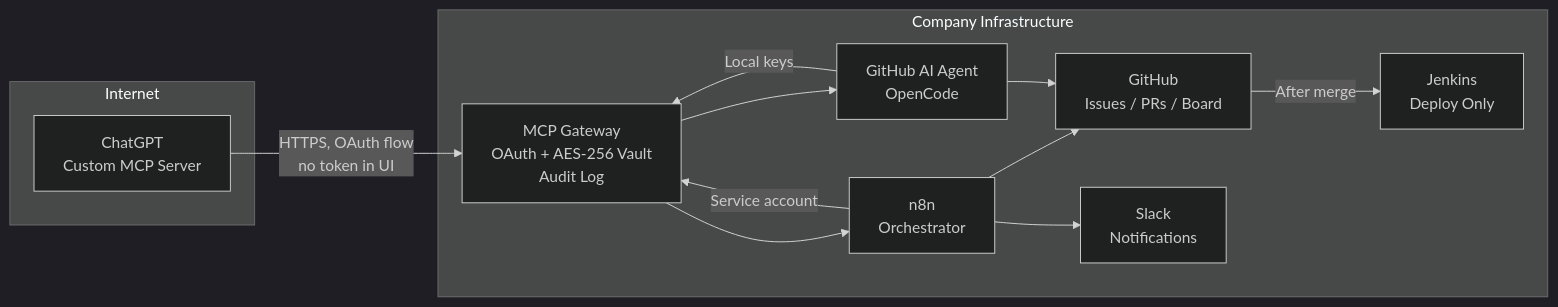
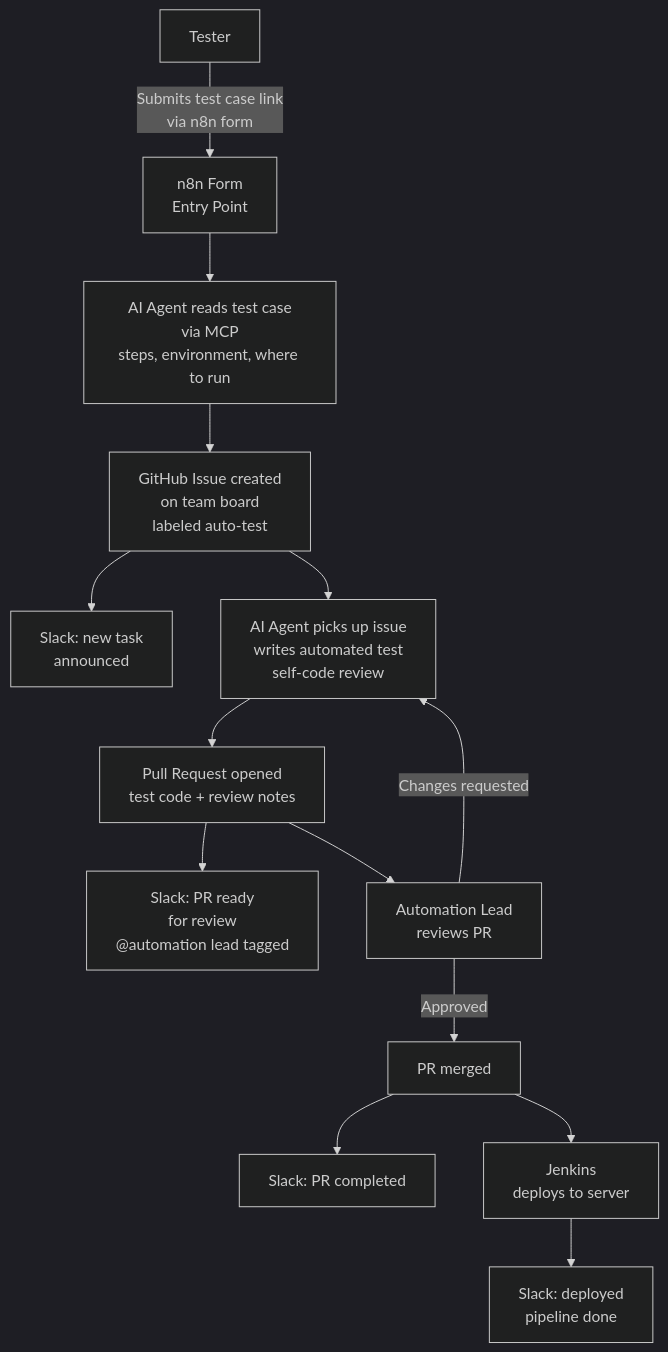
The first of 2 diagrams in docs/architecture.md (mr-anton-t/ai-core), drawn with Mermaid (dark theme) before and after one commit. The commit also changed other lines of this file, not shown here.

Commit message:
Rewrite architecture.md as business-flow Mermaid diagrams: tester form to deploy

````diff
--- a/docs/architecture.md
+++ b/docs/architecture.md
@@ -9,25 +9,27 @@
 ```mermaid
-flowchart LR
-    subgraph Internet
-        ChatGPT["ChatGPT<br/>Custom MCP Server"]
-    end
+flowchart TD
+    Tester["Tester"] -->|"Submits test case link<br/>via n8n form"| Form["n8n Form<br/>Entry Point"]
 
-    subgraph "Company Infrastructure"
-        GW["MCP Gateway<br/>OAuth + AES-256 Vault<br/>Audit Log"]
-        N8N["n8n<br/>Orchestrator"]
-        Agent["GitHub AI Agent<br/>OpenCode"]
-        GH["GitHub<br/>Issues / PRs / Board"]
-        Slack["Slack<br/>Notifications"]
-        Jenkins["Jenkins<br/>Deploy Only"]
-    end
+    Form --> MCP["AI Agent reads test case<br/>via MCP<br/>steps, environment, where to run"]
 
-    ChatGPT -->|"HTTPS, OAuth flow<br/>no token in UI"| GW
-    N8N -->|"Service account"| GW
-    Agent -->|"Local keys"| GW
-    GW --> N8N
-    GW --> Agent
-    N8N --> GH
-    N8N --> Slack
-    Agent --> GH
-    GH -->|"After merge"| Jenkins
+    MCP --> Issue["GitHub Issue created<br/>on team board<br/>labeled auto-test"]
+
+    Issue --> Slack1["Slack: new task<br/>announced"]
+
+    Issue --> Agent["AI Agent picks up issue<br/>writes automated test<br/>self-code review"]
+
+    Agent --> PR["Pull Request opened<br/>test code + review notes"]
+
+    PR --> Slack2["Slack: PR ready<br/>for review<br/>@automation lead tagged"]
+
+    PR --> Lead["Automation Lead<br/>reviews PR"]
+
+    Lead -->|"Approved"| Merge["PR merged"]
+    Lead -->|"Changes requested"| Agent
+
+    Merge --> Slack3["Slack: PR completed"]
+
+    Merge --> Jenkins["Jenkins<br/>deploys to server"]
+
+    Jenkins --> Slack4["Slack: deployed<br/>pipeline done"]
 ```
````
